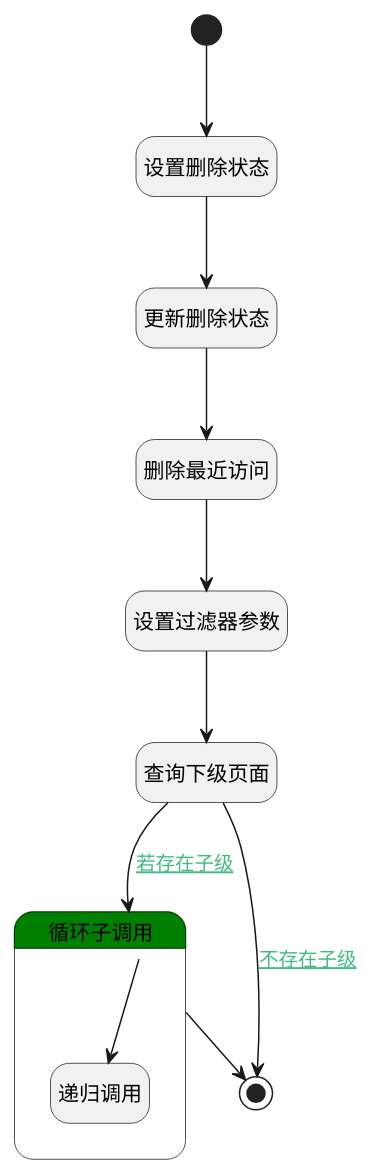
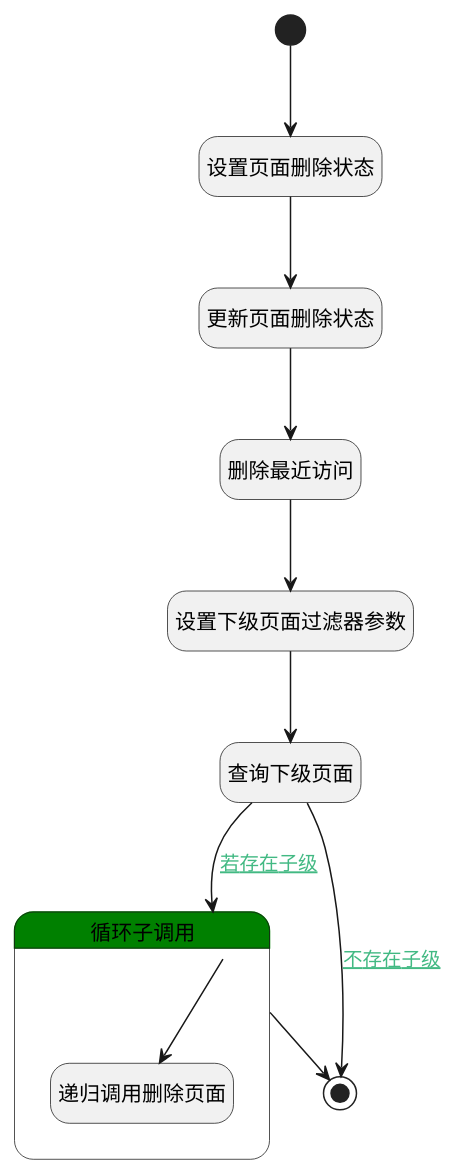
Before and after one commit to iBizLab/plm: the diagram in doc/docsify/module/Wiki/article_page/logic/delete.md, drawn with PlantUML. The commit also changed other lines of this file and 1068 other files, not shown here.

````diff
--- a/doc/docsify/module/Wiki/article_page/logic/delete.md
+++ b/doc/docsify/module/Wiki/article_page/logic/delete.md
@@ -7,35 +7,35 @@
 ```plantuml
 @startuml
 hide empty description
 <style>
 root {
   HyperlinkColor #42b983
 }
 </style>
 
 hide empty description
 state "开始" as Begin <<start>> [[$./delete#begin {"开始"}]]
-state "更新删除状态" as DEACTION1  [[$./delete#deaction1 {"更新删除状态"}]]
+state "更新页面删除状态" as DEACTION1  [[$./delete#deaction1 {"更新页面删除状态"}]]
 state "删除最近访问" as RAWSQLCALL1  [[$./delete#rawsqlcall1 {"删除最近访问"}]]
-state "设置过滤器参数" as PREPAREPARAM1  [[$./delete#prepareparam1 {"设置过滤器参数"}]]
+state "设置下级页面过滤器参数" as PREPAREPARAM1  [[$./delete#prepareparam1 {"设置下级页面过滤器参数"}]]
 state "查询下级页面" as DEDATASET1  [[$./delete#dedataset1 {"查询下级页面"}]]
-state "设置删除状态" as PREPAREPARAM2  [[$./delete#prepareparam2 {"设置删除状态"}]]
+state "设置页面删除状态" as PREPAREPARAM2  [[$./delete#prepareparam2 {"设置页面删除状态"}]]
 state "结束" as END1 <<end>> [[$./delete#end1 {"结束"}]]
 state "循环子调用" as LOOPSUBCALL1  [[$./delete#loopsubcall1 {"循环子调用"}]] #green {
-state "递归调用" as DELOGIC1  [[$./delete#delogic1 {"递归调用"}]]
+state "递归调用删除页面" as DELOGIC1  [[$./delete#delogic1 {"递归调用删除页面"}]]
 }
 
 
 Begin --> PREPAREPARAM2
 PREPAREPARAM2 --> DEACTION1
 DEACTION1 --> RAWSQLCALL1
 RAWSQLCALL1 --> PREPAREPARAM1
 PREPAREPARAM1 --> DEDATASET1
 DEDATASET1 --> LOOPSUBCALL1 : [[$./delete#dedataset1-loopsubcall1{若存在子级} 若存在子级]]
 LOOPSUBCALL1 --> DELOGIC1
 LOOPSUBCALL1 --> END1
 DEDATASET1 --> END1 : [[$./delete#dedataset1-end1{不存在子级} 不存在子级]]
 
 
 @enduml
 ```
````
